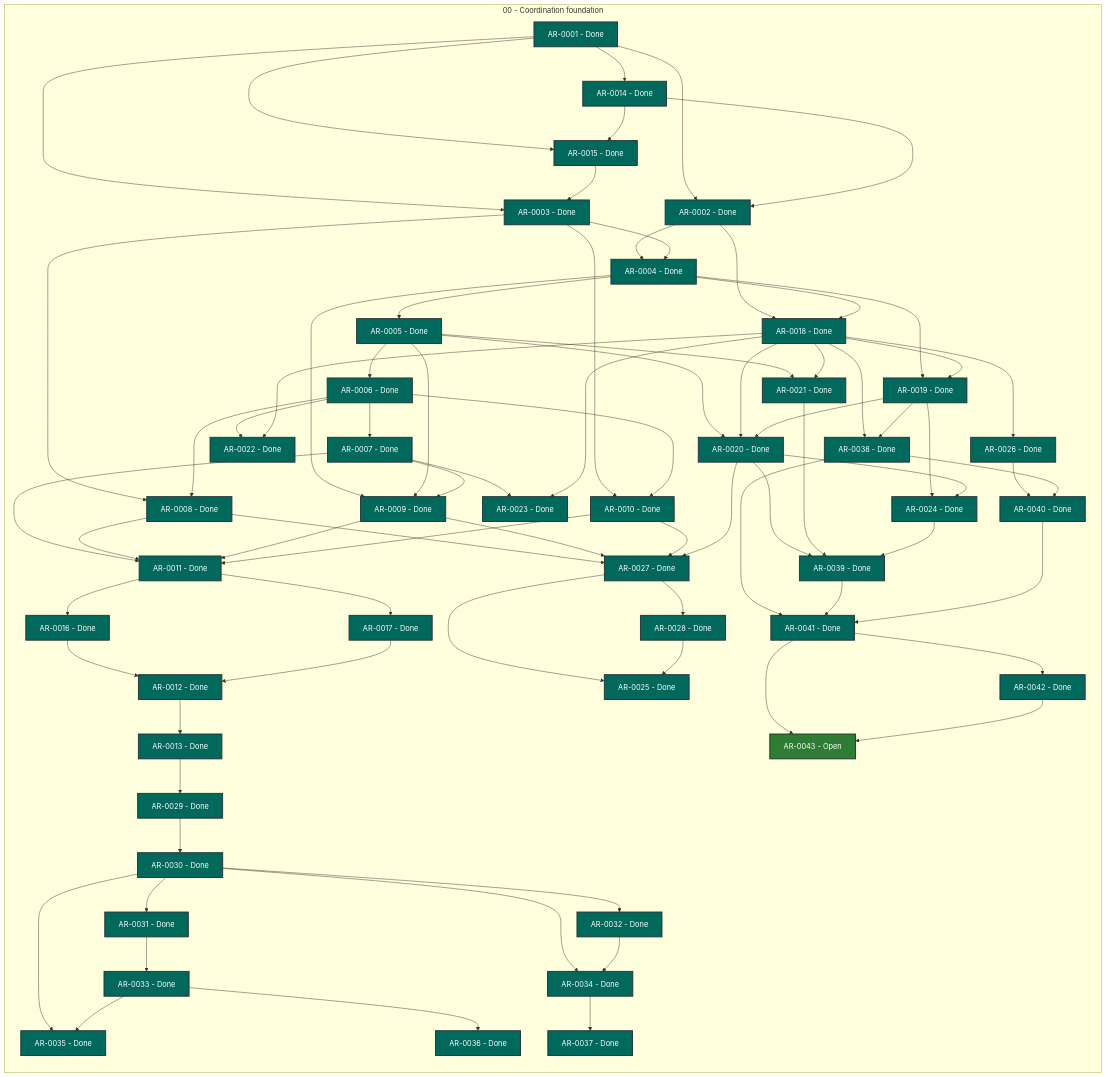
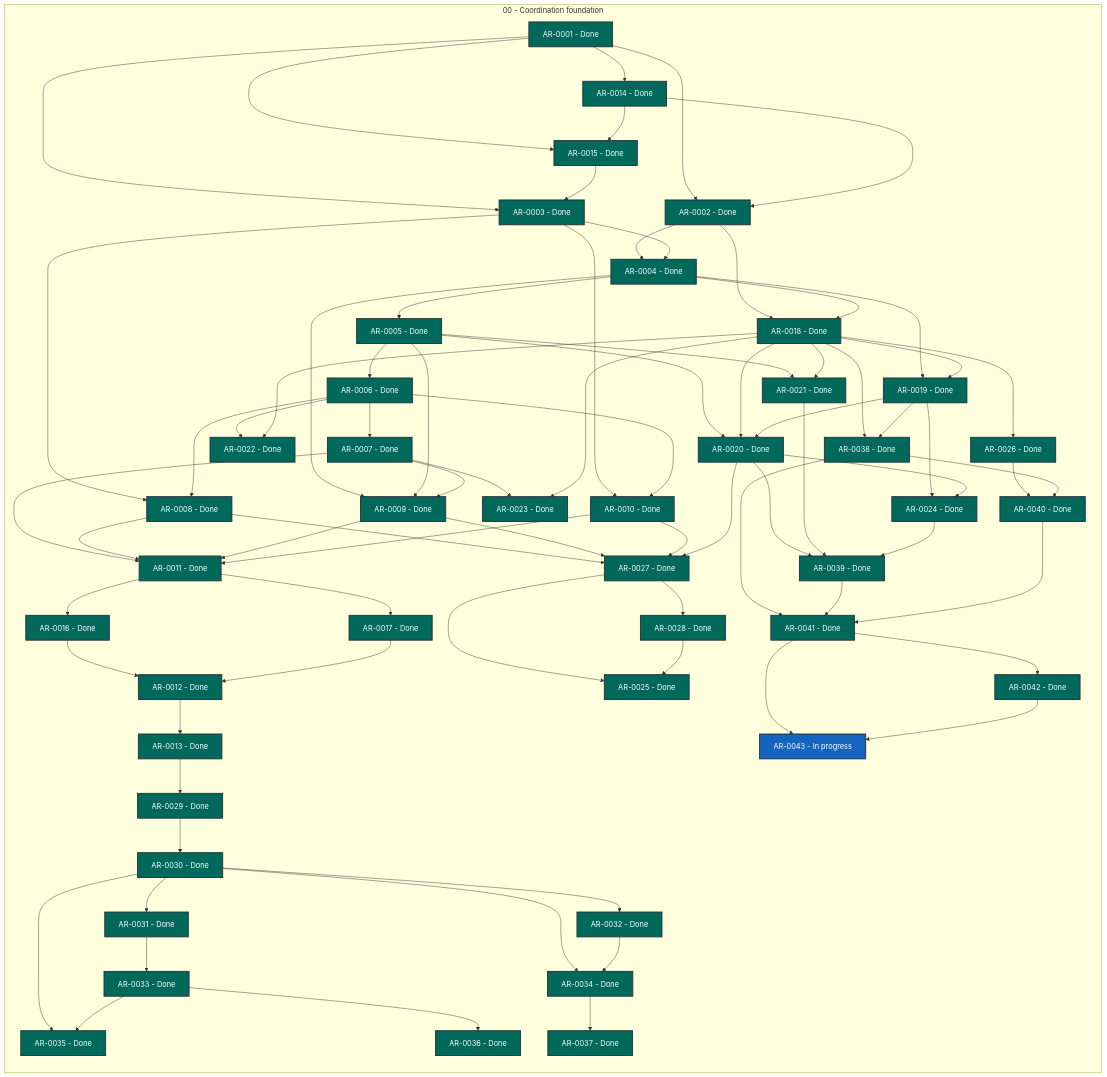
One commit to martin-beck/agent-workflow-tui-state changed the diagram in STATUS.md. Above: the diagram before and after it, drawn with Mermaid. The commit also changed other lines of this file and 2 other files, not shown here.

```diff
--- a/STATUS.md
+++ b/STATUS.md
@@ -70,7 +70,7 @@
         AR_0040["AR-0040 - Done"]:::status_done
         AR_0041["AR-0041 - Done"]:::status_done
         AR_0042["AR-0042 - Done"]:::status_done
-        AR_0043["AR-0043 - Open"]:::status_open
+        AR_0043["AR-0043 - In progress"]:::status_in_progress
     end
     AR_0001 --> AR_0002
     AR_0001 --> AR_0003
```
